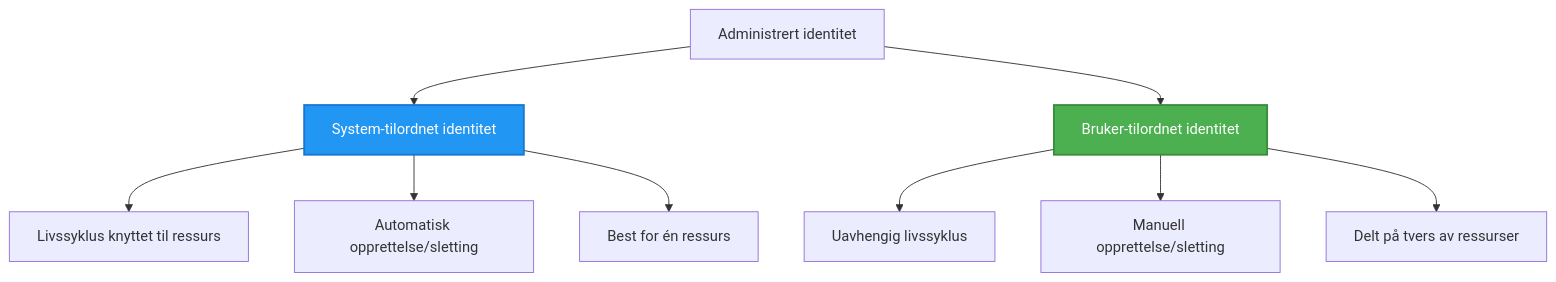
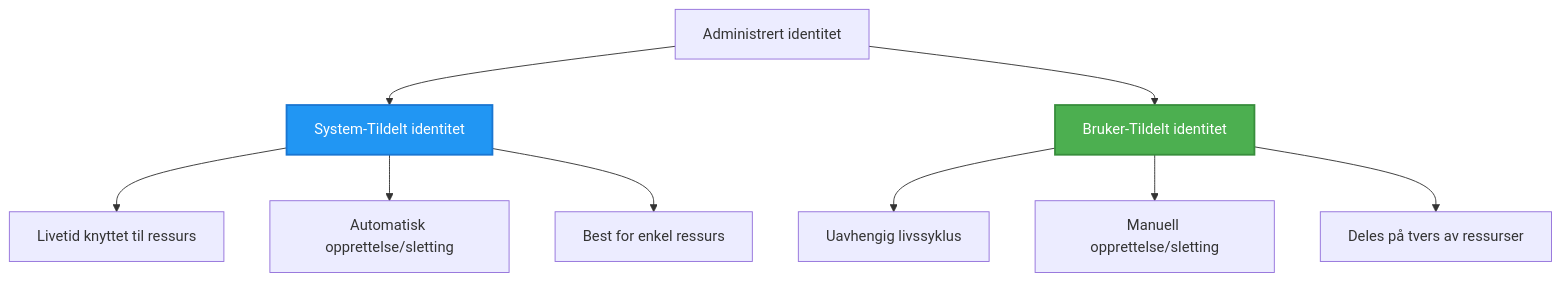
The second of 2 diagrams in translations/no/docs/chapter-03-configuration/authsecurity.md (microsoft/AZD-for-beginners), drawn with Mermaid before and after one commit. The commit also changed other lines of this file and 101 other files, not shown here.

````diff
--- a/translations/no/docs/chapter-03-configuration/authsecurity.md
+++ b/translations/no/docs/chapter-03-configuration/authsecurity.md
@@ -97,20 +97,20 @@
 ```mermaid
 graph TB
     MI[Administrert identitet]
-    SystemAssigned[System-tilordnet identitet]
-    UserAssigned[Bruker-tilordnet identitet]
+    SystemAssigned[System-Tildelt identitet]
+    UserAssigned[Bruker-Tildelt identitet]
     
     MI --> SystemAssigned
     MI --> UserAssigned
     
-    SystemAssigned --> SA1[Livssyklus knyttet til ressurs]
+    SystemAssigned --> SA1[Livetid knyttet til ressurs]
     SystemAssigned --> SA2[Automatisk opprettelse/sletting]
-    SystemAssigned --> SA3[Best for én ressurs]
+    SystemAssigned --> SA3[Best for enkel ressurs]
     
     UserAssigned --> UA1[Uavhengig livssyklus]
     UserAssigned --> UA2[Manuell opprettelse/sletting]
-    UserAssigned --> UA3[Delt på tvers av ressurser]
+    UserAssigned --> UA3[Deles på tvers av ressurser]
     
     style SystemAssigned fill:#2196F3,stroke:#1976D2,stroke-width:2px,color:#fff
     style UserAssigned fill:#4CAF50,stroke:#388E3C,stroke-width:2px,color:#fff
 ```
````
